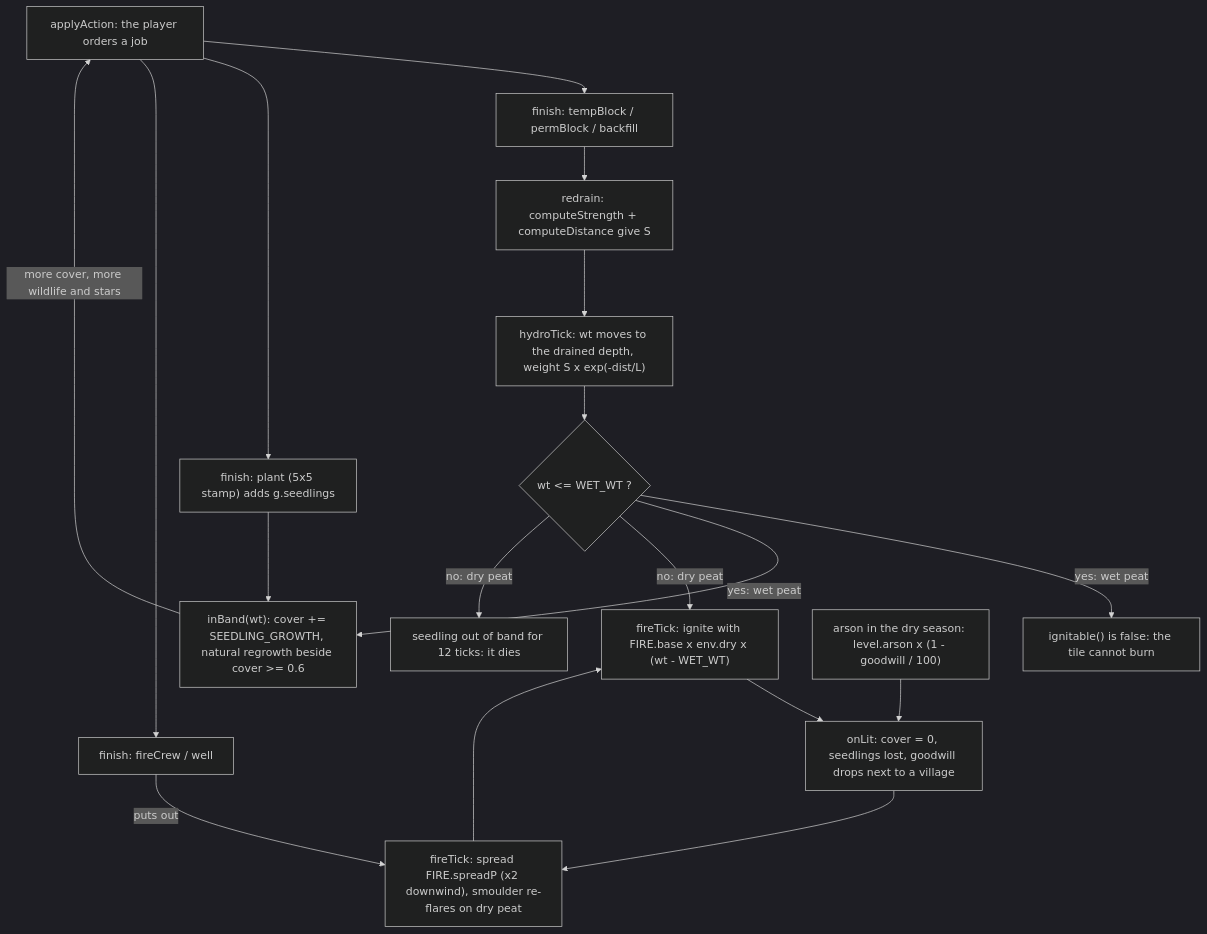
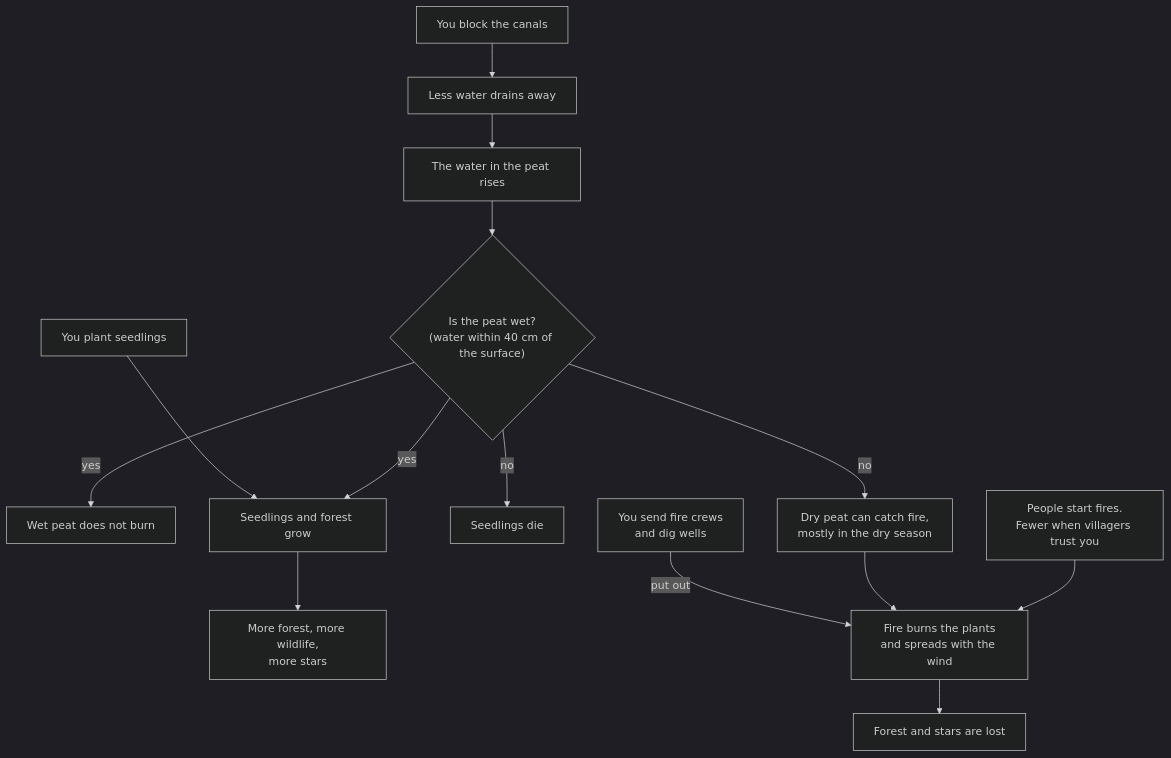
One commit to mahardhitama/rewet changed the diagram in docs/diagrams/water-fire-plant-loop.md. Above: the diagram before and after it, drawn with Mermaid (dark theme). The commit also changed other lines of this file and 2 other files, not shown here.

Commit message:
docs: write the loop diagram in plain words for players
The diagram labels now use plain words, not code names.
The diagram rule now asks for plain-word labels.

Claude-Session: https://claude.ai/code/session_0122Eb6A4L6KroW9bbCsS8j2

````diff
--- a/docs/diagrams/water-fire-plant-loop.md
+++ b/docs/diagrams/water-fire-plant-loop.md
@@ -5,20 +5,16 @@
 ```mermaid
 flowchart TD
-  A["applyAction: the player orders a job"] --> B["finish: tempBlock / permBlock / backfill"]
-  A --> L["finish: plant (5x5 stamp) adds g.seedlings"]
-  A --> K["finish: fireCrew / well"]
-  B --> C["redrain: computeStrength + computeDistance give S"]
-  C --> D["hydroTick: wt moves to the drained depth, weight S x exp(-dist/L)"]
-  D --> E{"wt <= WET_WT ?"}
-  E -- "yes: wet peat" --> F["ignitable() is false: the tile cannot burn"]
-  E -- "yes: wet peat" --> M["inBand(wt): cover += SEEDLING_GROWTH, natural regrowth beside cover >= 0.6"]
-  E -- "no: dry peat" --> G["fireTick: ignite with FIRE.base x env.dry x (wt - WET_WT)"]
-  E -- "no: dry peat" --> O["seedling out of band for 12 ticks: it dies"]
-  H["arson in the dry season: level.arson x (1 - goodwill / 100)"] --> I
-  G --> I["onLit: cover = 0, seedlings lost, goodwill drops next to a village"]
-  I --> J["fireTick: spread FIRE.spreadP (x2 downwind), smoulder re-flares on dry peat"]
-  J --> G
-  K -- "puts out" --> J
-  L --> M
-  M -- "more cover, more wildlife and stars" --> A
+  A["You block the canals"] --> B["Less water drains away"]
+  B --> C["The water in the peat rises"]
+  C --> D{"Is the peat wet?<br/>(water within 40 cm of the surface)"}
+  D -- "yes" --> E["Wet peat does not burn"]
+  D -- "yes" --> F["Seedlings and forest grow"]
+  D -- "no" --> H["Seedlings die"]
+  D -- "no" --> G["Dry peat can catch fire,<br/>mostly in the dry season"]
+  L["You plant seedlings"] --> F
+  F --> W["More forest, more wildlife,<br/>more stars"]
+  I["People start fires.<br/>Fewer when villagers trust you"] --> J
+  G --> J["Fire burns the plants<br/>and spreads with the wind"]
+  K["You send fire crews<br/>and dig wells"] -- "put out" --> J
+  J --> X["Forest and stars are lost"]
 ```
````
